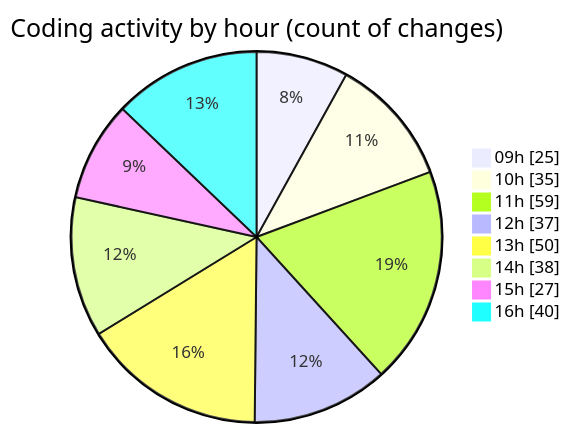
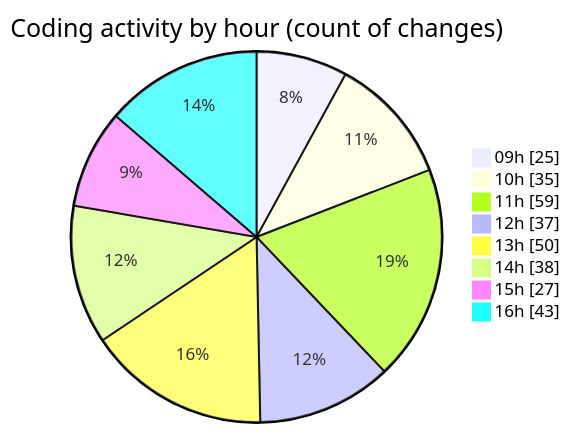
One commit to momahboobian/code-tracking changed the second of 2 diagrams in 2025-08-22/cda/README.md. Above: the diagram before and after it, drawn with Mermaid. The commit also changed other lines of this file and 1 other file, not shown here.

````diff
--- a/2025-08-22/cda/README.md
+++ b/2025-08-22/cda/README.md
@@ -53,12 +53,12 @@
 ```mermaid
 pie showData
 title Coding activity by hour (count of changes)
 "09h" : 25
 "10h" : 35
 "11h" : 59
 "12h" : 37
 "13h" : 50
 "14h" : 38
 "15h" : 27
-"16h" : 40
+"16h" : 43
 ```
````
